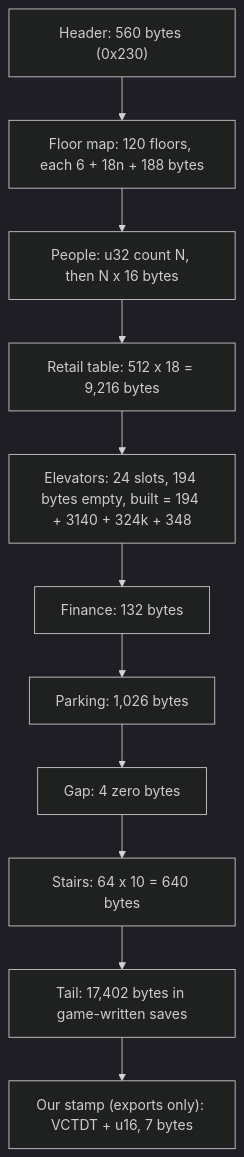
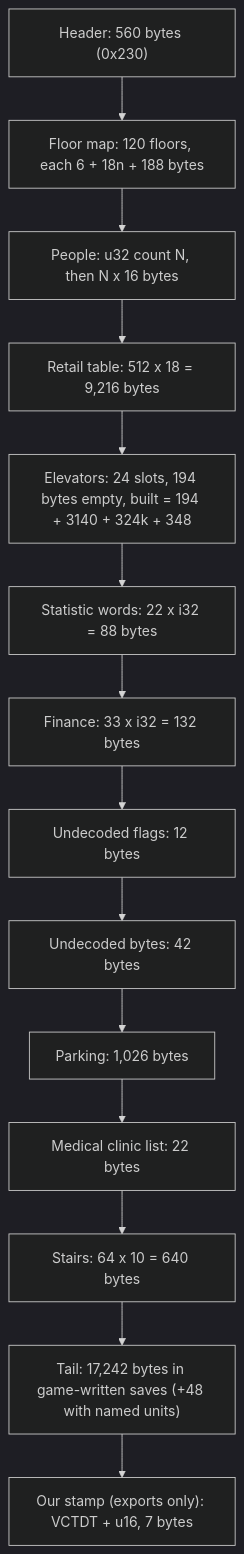
Before and after one commit to Verticopolis/engine: the diagram in docs/tdt/tdt-format.md, drawn with Mermaid (dark theme). The commit also changed other lines of this file, not shown here.

First line of the commit message:
Write the stairs table where SimTower keeps it, with the parking list and clinic list

````diff
--- a/docs/tdt/tdt-format.md
+++ b/docs/tdt/tdt-format.md
@@ -44,13 +44,16 @@
 ```mermaid
 flowchart TB
     H["Header: 560 bytes (0x230)"] --> F["Floor map: 120 floors, each 6 + 18n + 188 bytes"]
     F --> P["People: u32 count N, then N x 16 bytes"]
     P --> R["Retail table: 512 x 18 = 9,216 bytes"]
     R --> E["Elevators: 24 slots, 194 bytes empty, built = 194 + 3140 + 324k + 348"]
-    E --> FIN["Finance: 132 bytes"]
-    FIN --> PK["Parking: 1,026 bytes"]
-    PK --> G["Gap: 4 zero bytes"]
-    G --> S["Stairs: 64 x 10 = 640 bytes"]
-    S --> T["Tail: 17,402 bytes in game-written saves"]
+    E --> ST["Statistic words: 22 x i32 = 88 bytes"]
+    ST --> FIN["Finance: 33 x i32 = 132 bytes"]
+    FIN --> UF["Undecoded flags: 12 bytes"]
+    UF --> UB["Undecoded bytes: 42 bytes"]
+    UB --> PK["Parking: 1,026 bytes"]
+    PK --> CL["Medical clinic list: 22 bytes"]
+    CL --> S["Stairs: 64 x 10 = 640 bytes"]
+    S --> T["Tail: 17,242 bytes in game-written saves (+48 with named units)"]
     T --> V["Our stamp (exports only): VCTDT + u16, 7 bytes"]
 ```
````
